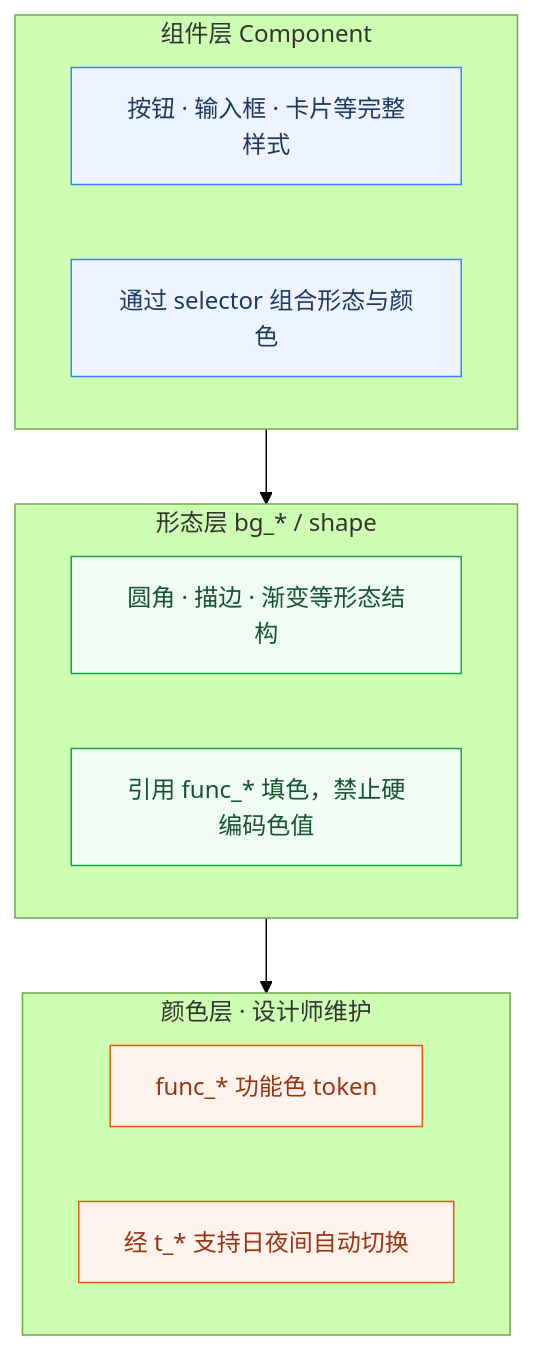
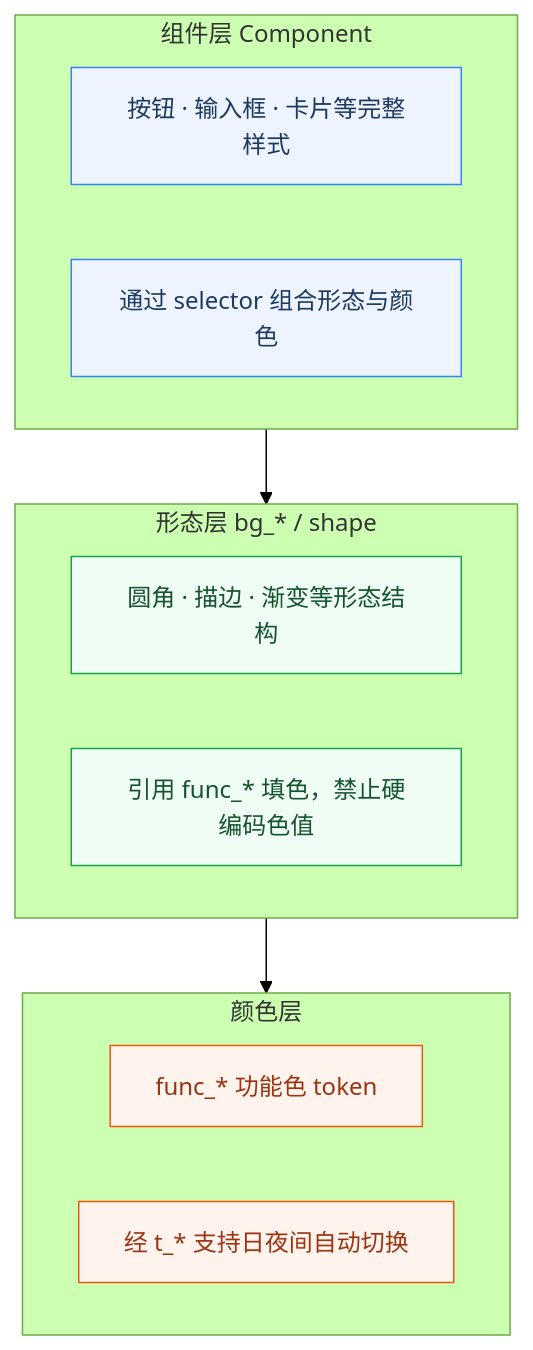
Before and after one commit to zealot2002/arch_ui_token_spec: the first of 2 diagrams in doc/ui_architecture2.md, drawn with Mermaid (forest theme). The commit also changed 1 other file, not shown here.

````diff
--- a/doc/ui_architecture2.md
+++ b/doc/ui_architecture2.md
@@ -75,26 +75,26 @@
 ```mermaid
 flowchart TB
     subgraph COMP["组件层 Component"]
         C1["按钮 · 输入框 · 卡片等完整样式"]
         C2["通过 selector 组合形态与颜色"]
     end
 
     subgraph SHAPE["形态层 bg_* / shape"]
         S1["圆角 · 描边 · 渐变等形态结构"]
         S2["引用 func_* 填色，禁止硬编码色值"]
     end
 
-    subgraph COLOR["颜色层 · 设计师维护"]
+    subgraph COLOR["颜色层"]
         COL1["func_* 功能色 token"]
         COL2["经 t_* 支持日夜间自动切换"]
     end
 
     COMP --> SHAPE --> COLOR
 
     classDef comp fill:#EEF4FF,stroke:#3B82F6,color:#1E3A5F
     classDef shape fill:#F0FDF4,stroke:#16A34A,color:#14532D
     classDef tokClr fill:#FFF4ED,stroke:#EA580C,color:#9A3412
     class C1,C2 comp
     class S1,S2 shape
     class COL1,COL2 tokClr
 ```
````
